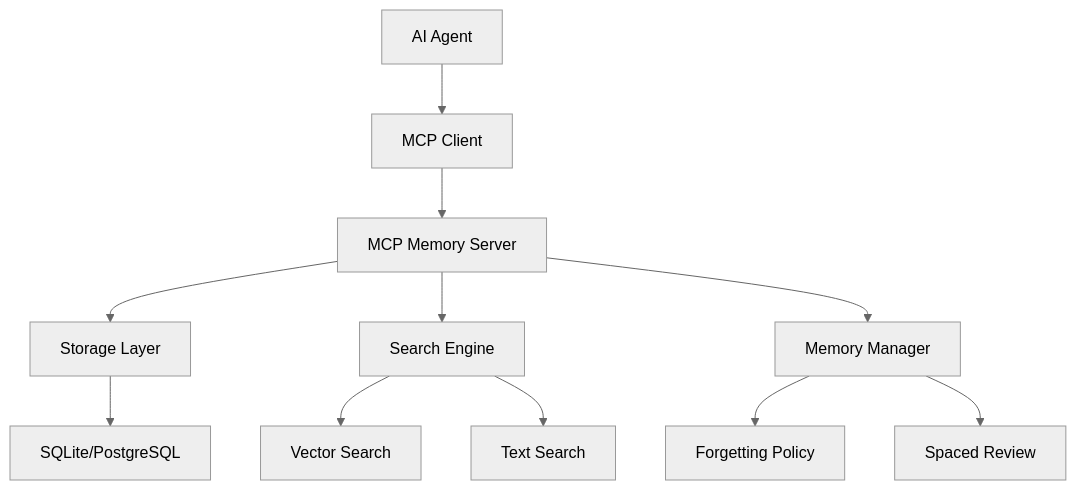
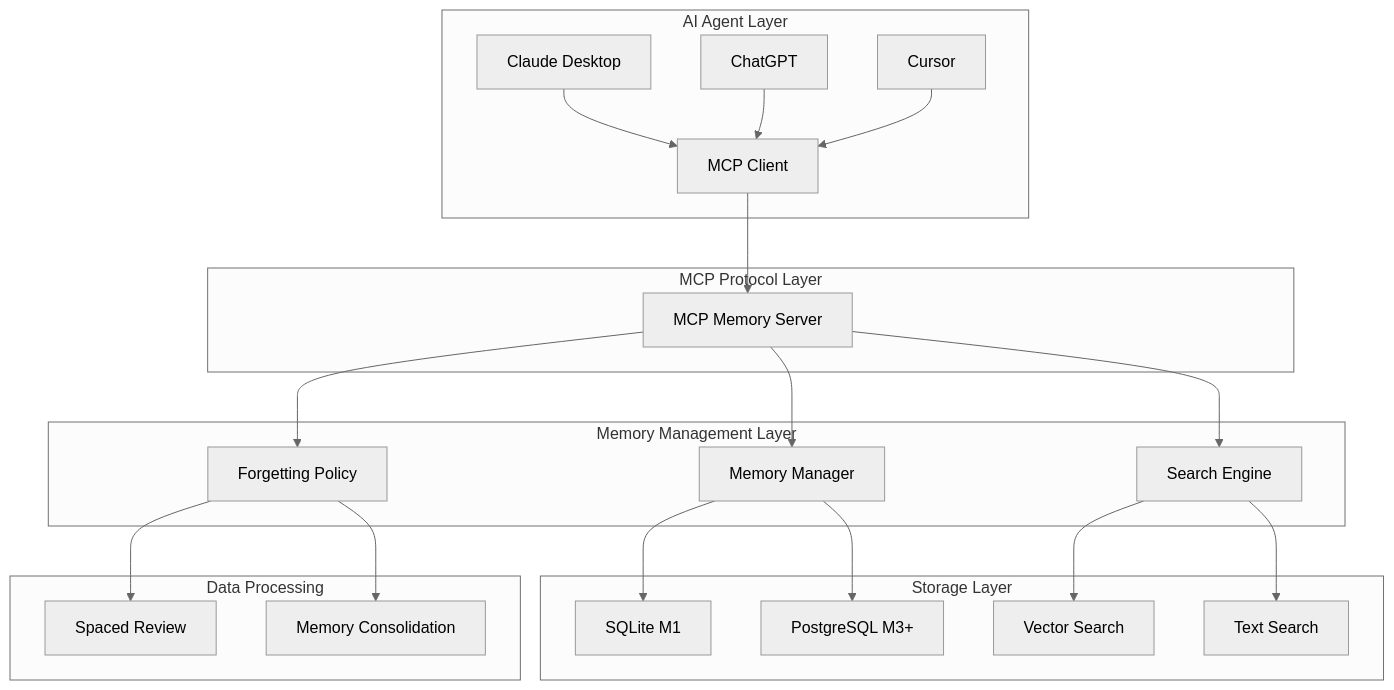
Before and after one commit to jee1/memento: the diagram in README.md, drawn with Mermaid (neutral theme). The commit also changed other lines of this file and 18 other files, not shown here.

````diff
--- a/README.md
+++ b/README.md
@@ -112,14 +106,30 @@
 ```mermaid
 graph TB
-    A[AI Agent] --> B[MCP Client]
-    B --> C[MCP Memory Server]
-    C --> D[Storage Layer]
-    C --> E[Search Engine]
-    C --> F[Memory Manager]
+    subgraph "AI Agent Layer"
+        A[Claude Desktop] --> B[MCP Client]
+        C[ChatGPT] --> B
+        D[Cursor] --> B
+    end
     
-    D --> G[SQLite/PostgreSQL]
-    E --> H[Vector Search]
-    E --> I[Text Search]
-    F --> J[Forgetting Policy]
-    F --> K[Spaced Review]
+    subgraph "MCP Protocol Layer"
+        B --> E[MCP Memory Server]
+    end
+    
+    subgraph "Memory Management Layer"
+        E --> F[Memory Manager]
+        E --> G[Search Engine]
+        E --> H[Forgetting Policy]
+    end
+    
+    subgraph "Storage Layer"
+        F --> I[SQLite M1]
+        F --> J[PostgreSQL M3+]
+        G --> K[Vector Search]
+        G --> L[Text Search]
+    end
+    
+    subgraph "Data Processing"
+        H --> M[Spaced Review]
+        H --> N[Memory Consolidation]
+    end
 ```
````
